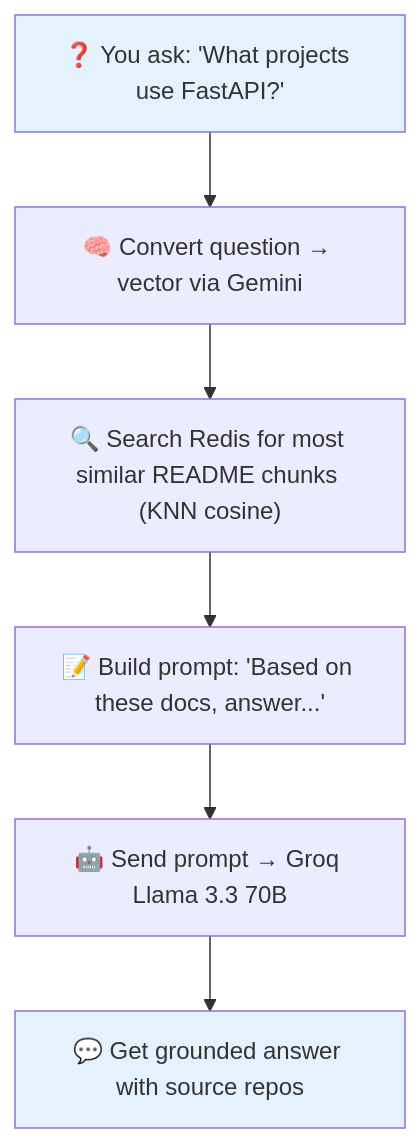
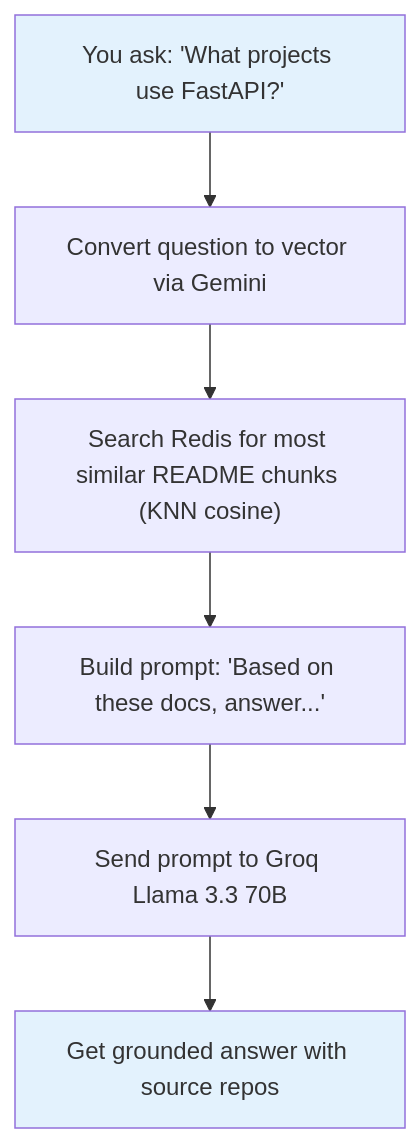
The third of 7 diagrams in README.md (mujeebmasi/redis-rag), drawn with Mermaid before and after one commit. The commit also changed other lines of this file, not shown here.

````diff
--- a/README.md
+++ b/README.md
@@ -66,11 +66,11 @@
 ```mermaid
 graph TD
-    Q["❓ You ask: 'What projects use FastAPI?'"] --> V["🧠 Convert question → vector via Gemini"]
-    V --> S["🔍 Search Redis for most similar README chunks (KNN cosine)"]
-    S --> P["📝 Build prompt: 'Based on these docs, answer...'"]
-    P --> L["🤖 Send prompt → Groq Llama 3.3 70B"]
-    L --> R["💬 Get grounded answer with source repos"]
+    Q["You ask: 'What projects use FastAPI?'"] --> V["Convert question to vector via Gemini"]
+    V --> S["Search Redis for most similar README chunks (KNN cosine)"]
+    S --> P["Build prompt: 'Based on these docs, answer...'"] 
+    P --> L["Send prompt to Groq Llama 3.3 70B"]
+    L --> R["Get grounded answer with source repos"]
 
     style Q fill:#e3f2fd
     style R fill:#e3f2fd
 ```
````
